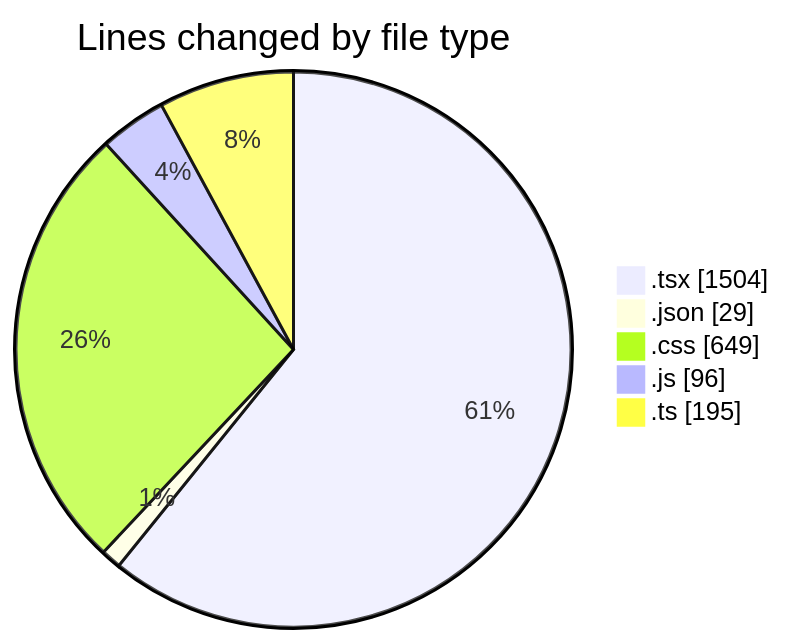
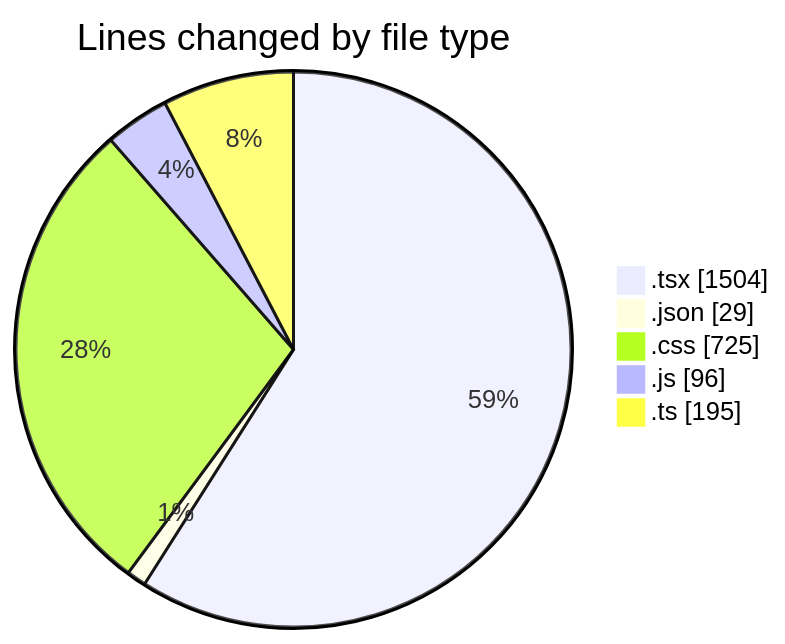
The first of 2 diagrams in 2025-05-15/laala_boost/README.md (Elitesun/code-tracking), drawn with Mermaid before and after one commit. The commit also changed other lines of this file and 1 other file, not shown here.

````diff
--- a/2025-05-15/laala_boost/README.md
+++ b/2025-05-15/laala_boost/README.md
@@ -31,9 +32,9 @@
 ```mermaid
 pie showData
 title Lines changed by file type
 ".tsx" : 1504
 ".json" : 29
-".css" : 649
+".css" : 725
 ".js" : 96
 ".ts" : 195
 ```
````
